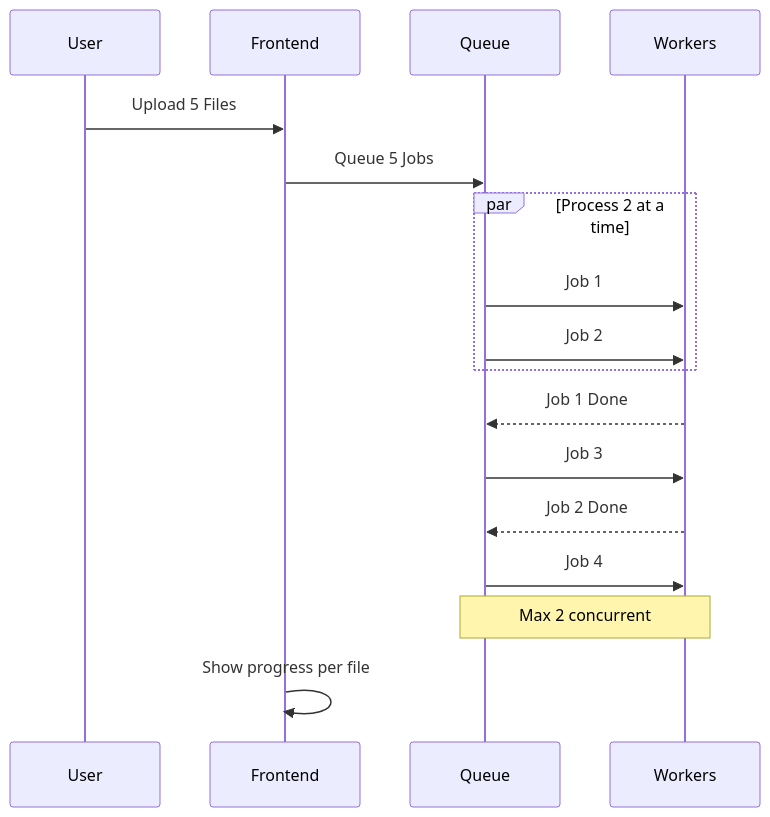
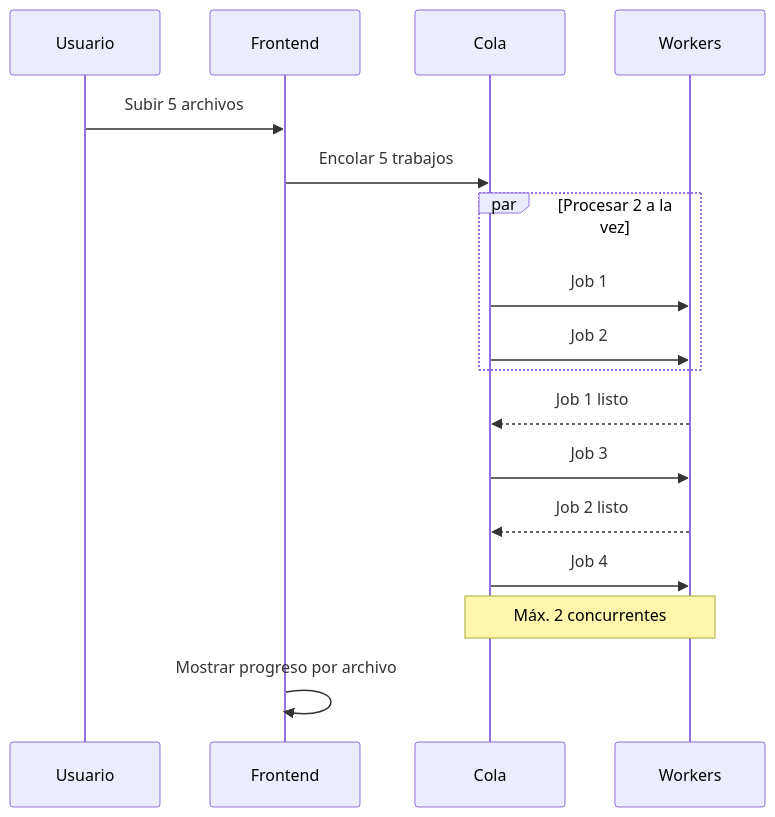
The fifth of 8 diagrams in docs/es/architecture/diagrams.md (duckling-ui/duckling), drawn with Mermaid before and after one commit. The commit also changed other lines of this file and 133 other files, not shown here.

````diff
--- a/docs/es/architecture/diagrams.md
+++ b/docs/es/architecture/diagrams.md
@@ -129,24 +129,24 @@
 ```mermaid
 sequenceDiagram
-    participant U as User
+    participant U as Usuario
     participant F as Frontend
-    participant Q as Queue
+    participant Q as Cola
     participant W as Workers
 
-    U->>F: Upload 5 Files
-    F->>Q: Queue 5 Jobs
+    U->>F: Subir 5 archivos
+    F->>Q: Encolar 5 trabajos
 
-    par Process 2 at a time
+    par Procesar 2 a la vez
         Q->>W: Job 1
         Q->>W: Job 2
     end
 
-    W-->>Q: Job 1 Done
+    W-->>Q: Job 1 listo
     Q->>W: Job 3
-    W-->>Q: Job 2 Done
+    W-->>Q: Job 2 listo
     Q->>W: Job 4
 
-    Note over Q,W: Max 2 concurrent
+    Note over Q,W: Máx. 2 concurrentes
 
-    F->>F: Show progress per file
+    F->>F: Mostrar progreso por archivo
 ```
````
